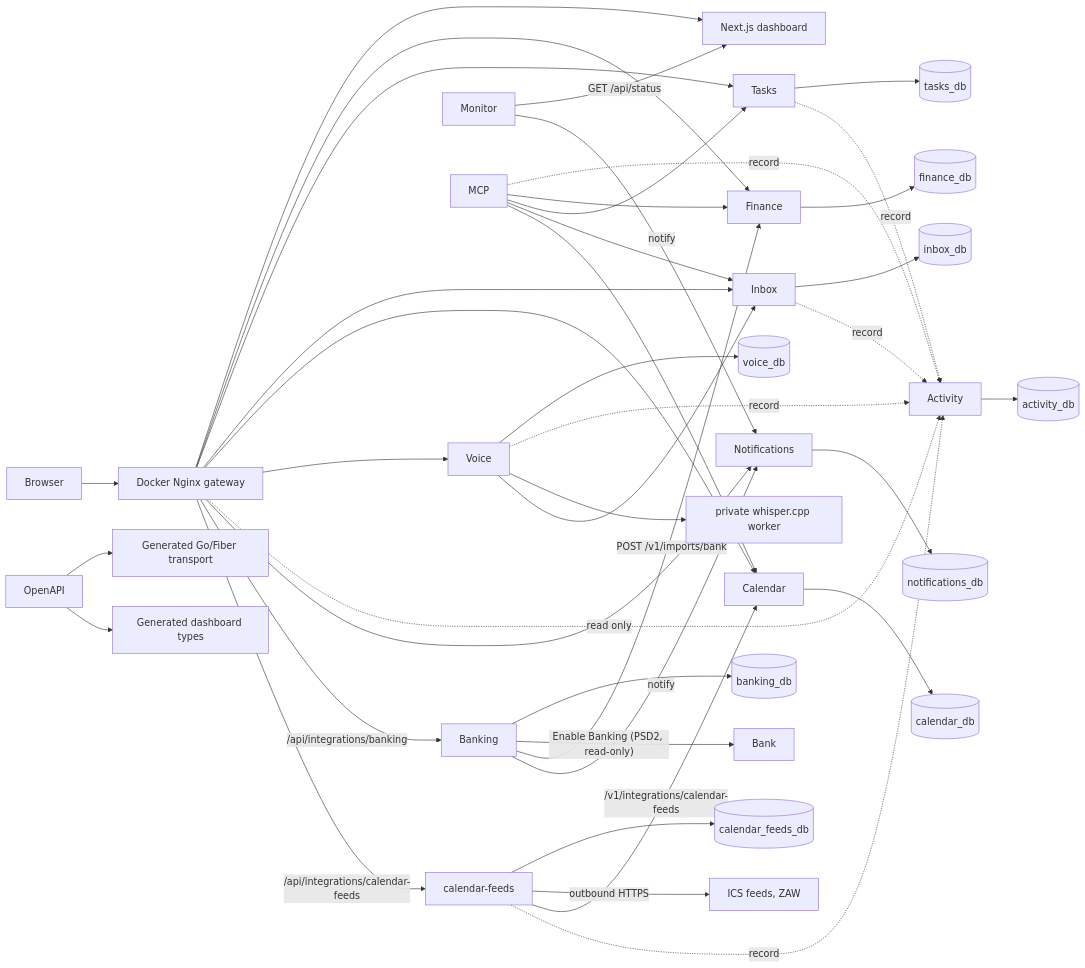
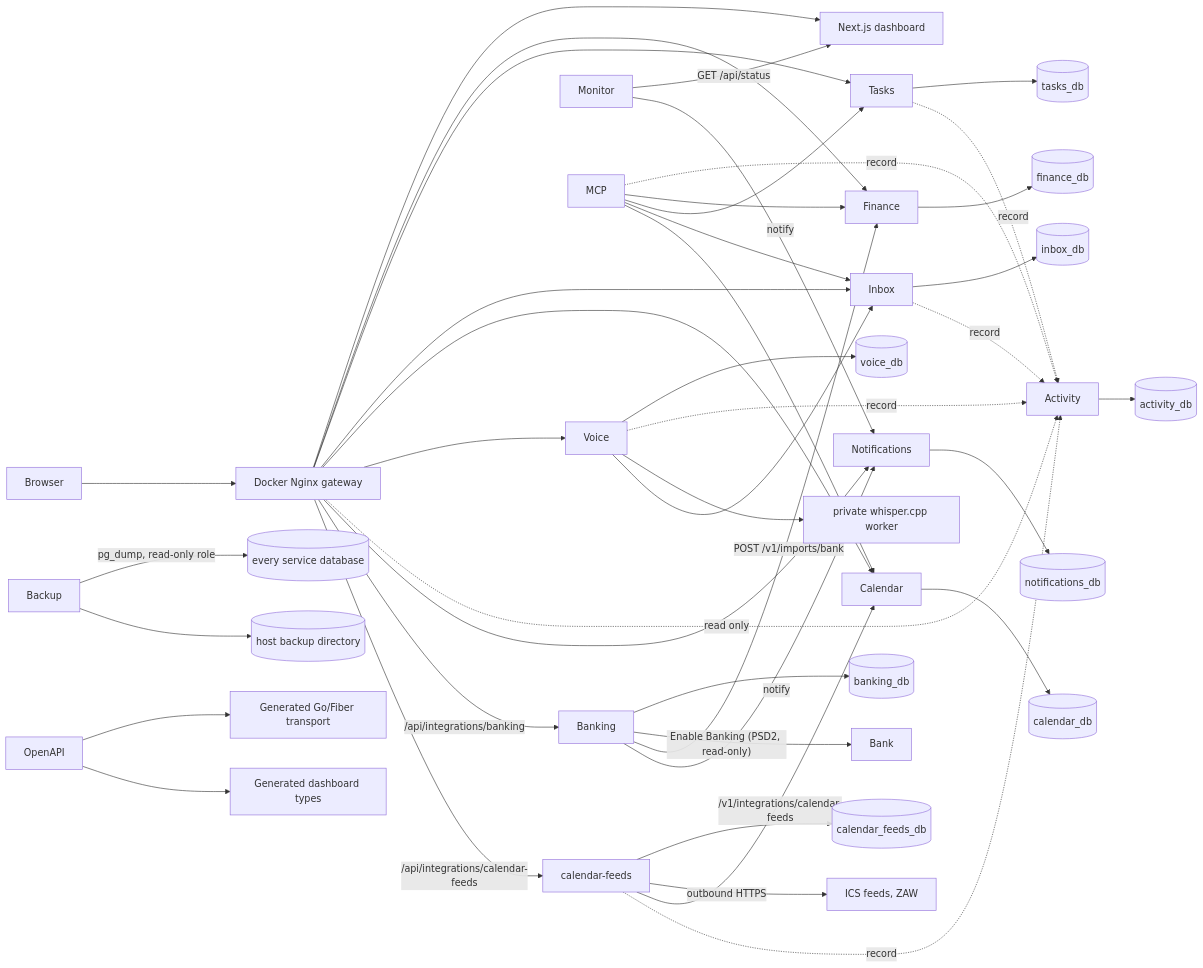
One commit to GAMch1k/life-os changed the diagram in docs/architecture/overview.md. Above: the diagram before and after it, drawn with Mermaid. The commit also changed other lines of this file and 6 other files, not shown here.

First line of the commit message:
P14-01 document the backup service

````diff
--- a/docs/architecture/overview.md
+++ b/docs/architecture/overview.md
@@ -5,34 +5,36 @@
 ```mermaid
 flowchart LR
   Browser --> Gateway[Docker Nginx gateway]
   Gateway --> Dashboard[Next.js dashboard]
   Gateway --> Finance --> FDB[(finance_db)]
   Gateway --> Tasks --> TDB[(tasks_db)]
   Gateway --> Inbox --> IDB[(inbox_db)]
   Gateway --> Calendar --> CDB[(calendar_db)]
   Gateway --> Voice --> VDB[(voice_db)]
   Gateway -. read only .-> Activity --> ADB[(activity_db)]
   Gateway --> Notifications --> NDB[(notifications_db)]
   Gateway -- "/api/integrations/banking" --> Banking --> BDB[(banking_db)]
   Banking -- "Enable Banking (PSD2, read-only)" --> Bank[Bank]
   Banking -- "POST /v1/imports/bank" --> Finance
   Banking -- notify --> Notifications
   Gateway -- "/api/integrations/calendar-feeds" --> Feeds[calendar-feeds] --> FFDB[(calendar_feeds_db)]
   Feeds -- "outbound HTTPS" --> ICS[ICS feeds, ZAW]
   Feeds -- "/v1/integrations/calendar-feeds" --> Calendar
   Feeds -. record .-> Activity
   Monitor -- "GET /api/status" --> Dashboard
   Monitor -- notify --> Notifications
+  Backup -- "pg_dump, read-only role" --> PG[(every service database)]
+  Backup --> BDir[(host backup directory)]
   Voice -. record .-> Activity
   Inbox -. record .-> Activity
   Tasks -. record .-> Activity
   MCP -. record .-> Activity
   Voice --> Whisper[private whisper.cpp worker]
   Voice --> Inbox
   MCP --> Finance
   MCP --> Tasks
   MCP --> Inbox
   MCP --> Calendar
   OpenAPI --> Go[Generated Go/Fiber transport]
   OpenAPI --> TS[Generated dashboard types]
 ```
````
